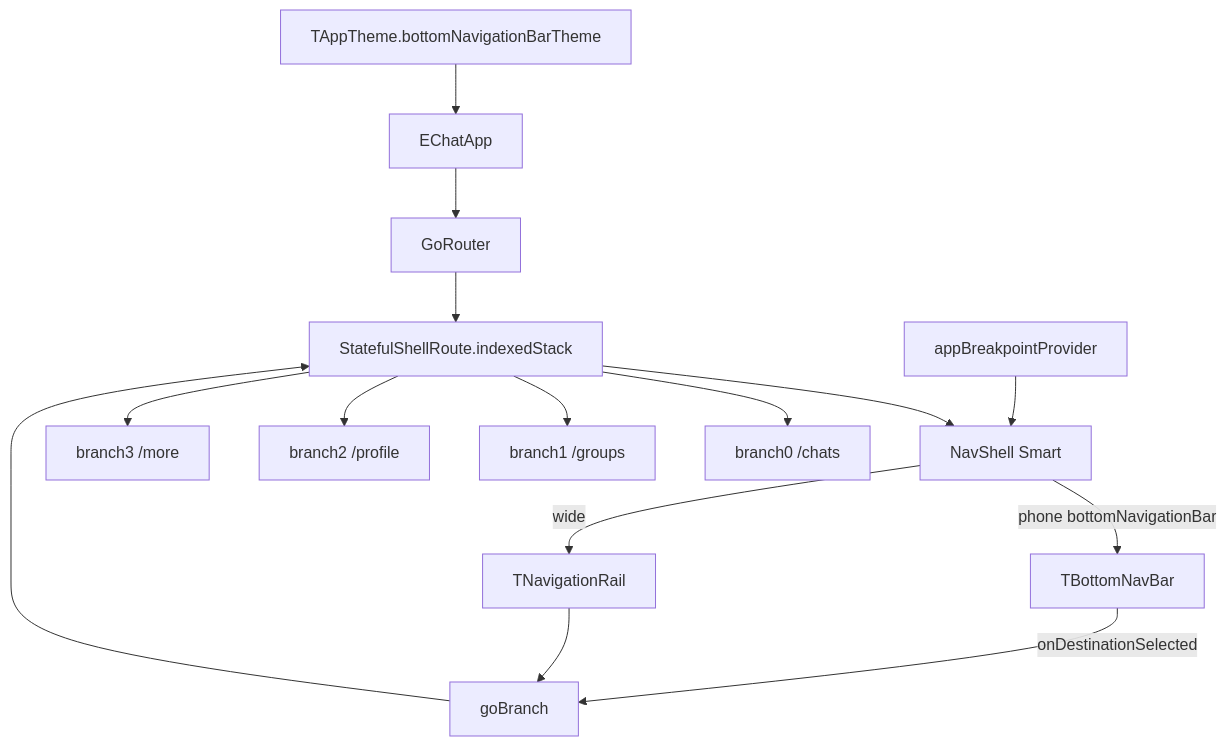
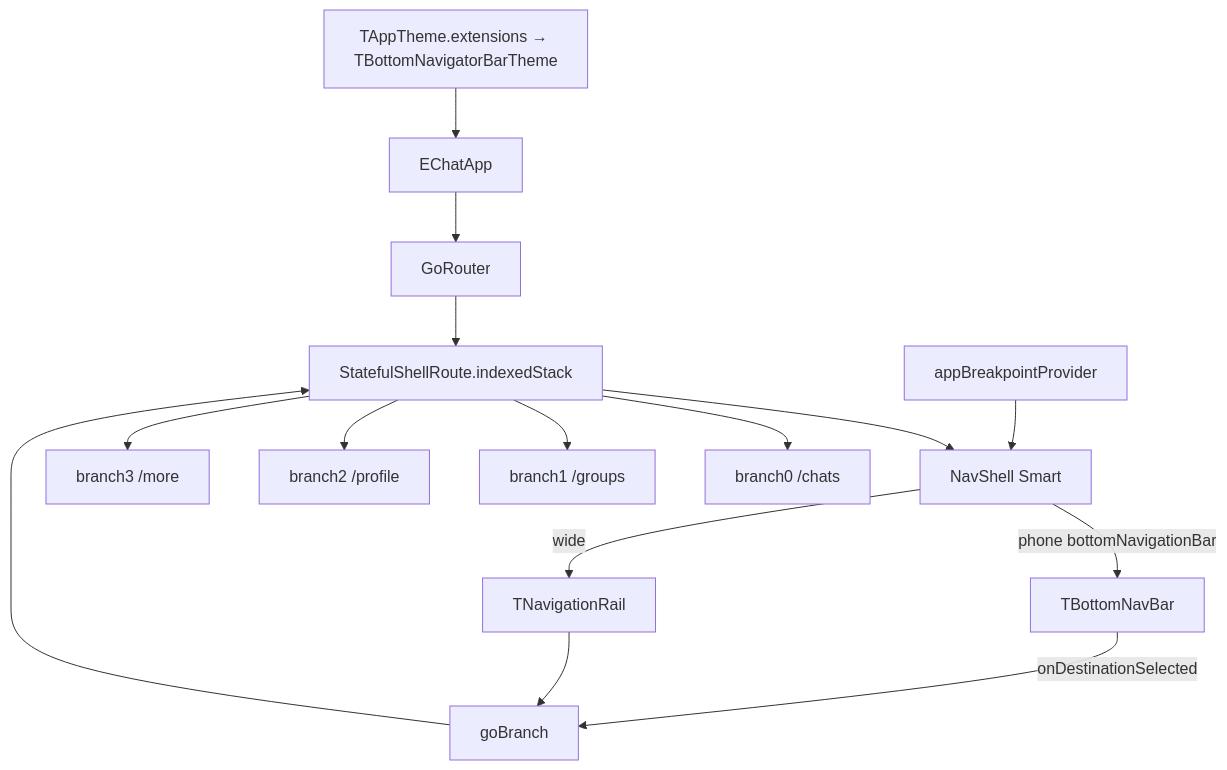
Before and after one commit to andrprg/flutter_echat: the fourth of 6 diagrams in docs/architecture_echat.md, drawn with Mermaid. The commit also changed other lines of this file and 1 other file, not shown here.

Commit message:
docs: описать кастомный TBottomNavBar и ThemeExtension (§4.9)

````diff
--- a/docs/architecture_echat.md
+++ b/docs/architecture_echat.md
@@ -887,17 +890,17 @@
 ```mermaid
 flowchart TB
-  Theme[TAppTheme.bottomNavigationBarTheme] --> App[EChatApp]
+  Theme["TAppTheme.extensions → TBottomNavigatorBarTheme"] --> App[EChatApp]
   App --> GR[GoRouter]
   GR --> SSR[StatefulShellRoute.indexedStack]
   SSR --> NS[NavShell Smart]
   SSR --> B0["branch0 /chats"]
   SSR --> B1["branch1 /groups"]
   SSR --> B2["branch2 /profile"]
   SSR --> B3["branch3 /more"]
   BP[appBreakpointProvider] --> NS
   NS -->|phone bottomNavigationBar| Bar[TBottomNavBar]
   NS -->|wide| Rail[TNavigationRail]
   Bar -->|onDestinationSelected| GB[goBranch]
   Rail --> GB
   GB --> SSR
 ```
````
